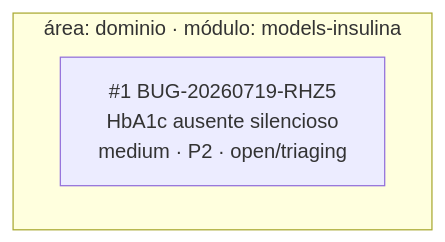
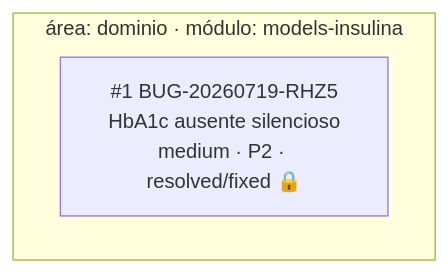
Before and after one commit to iago-leal/aps-inteligente: the diagram in _reversa_bugs/motor-insulina/generated/graph.md, drawn with Mermaid. The commit also changed other lines of this file and 18 other files, not shown here.

First line of the commit message:
corrige BUG-20260719-RHZ5 (#1): recomendação DOSAR_HBA1C nos ramos residuais da intensificação com HbA1c ausente

````diff
--- a/_reversa_bugs/motor-insulina/generated/graph.md
+++ b/_reversa_bugs/motor-insulina/generated/graph.md
@@ -5,6 +5,6 @@
 ```mermaid
 graph TD
     subgraph dominio["área: dominio · módulo: models-insulina"]
-        RHZ5["#1 BUG-20260719-RHZ5<br/>HbA1c ausente silencioso<br/>medium · P2 · open/triaging"]
+        RHZ5["#1 BUG-20260719-RHZ5<br/>HbA1c ausente silencioso<br/>medium · P2 · resolved/fixed 🔒"]
     end
 ```
````
